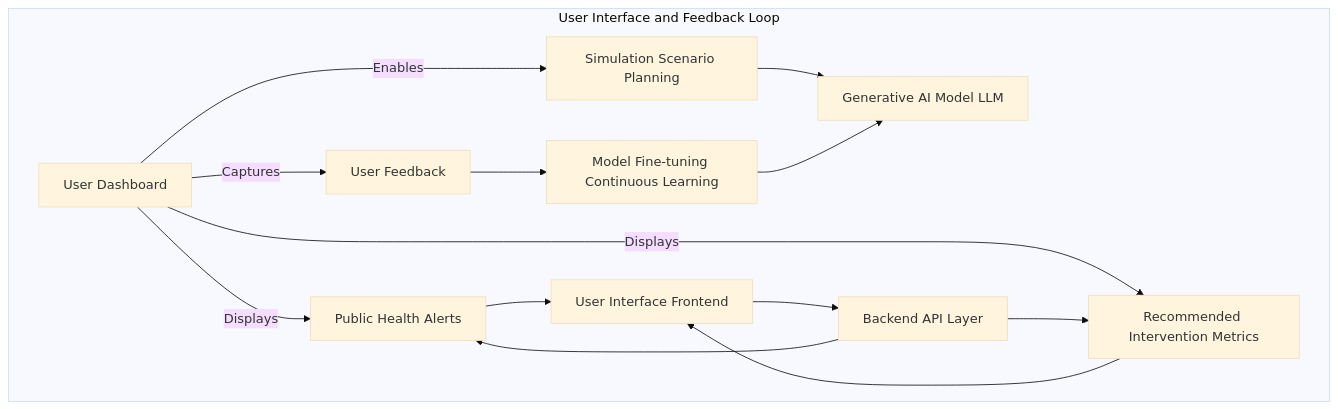
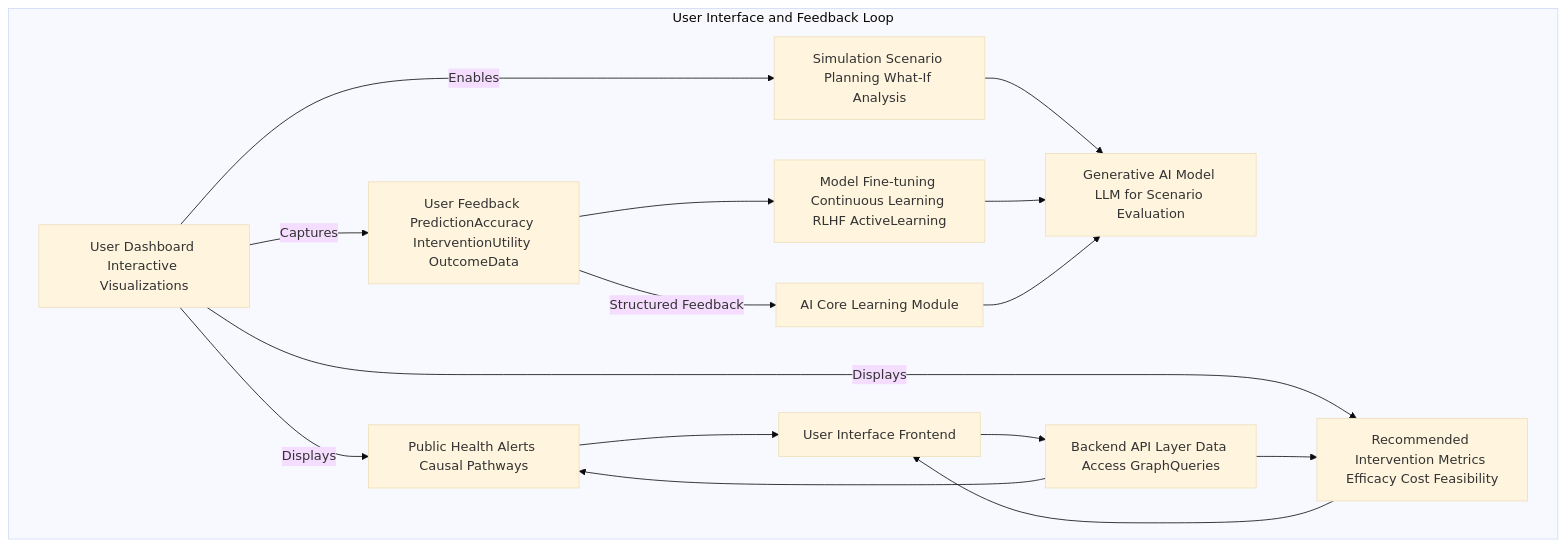
The sixth of 10 diagrams in inventions/inventions/025_predictive_epidemic_outbreak_modeling.md (diplomat-bit/Citibank_Demo_Business_Inc_Demonstration-), drawn with Mermaid (base theme) before and after one commit. The commit also changed other lines of this file, not shown here.

````diff
--- a/inventions/inventions/025_predictive_epidemic_outbreak_modeling.md
+++ b/inventions/inventions/025_predictive_epidemic_outbreak_modeling.md
@@ -211,17 +233,19 @@
 ```mermaid
 graph TD
     subgraph User Interface and Feedback Loop
-        UDASH[User Dashboard] -- Displays --> PHA[Public Health Alerts]
-        UDASH -- Displays --> RIMS[Recommended Intervention Metrics]
-        UDASH -- Enables --> SSP[Simulation Scenario Planning]
-        UDASH -- Captures --> UFB[User Feedback]
+        UDASH[User Dashboard Interactive Visualizations] -- Displays --> PHA[Public Health Alerts Causal Pathways]
+        UDASH -- Displays --> RIMS[Recommended Intervention Metrics Efficacy Cost Feasibility]
+        UDASH -- Enables --> SSP[Simulation Scenario Planning What-If Analysis]
+        UDASH -- Captures --> UFB[User Feedback PredictionAccuracy InterventionUtility OutcomeData]
 
         PHA & RIMS --> UI_FE[User Interface Frontend]
-        SSP --> GAI_LLM[Generative AI Model LLM]
-        UFB --> MODEL_FT[Model Fine-tuning Continuous Learning]
+        SSP --> GAI_LLM[Generative AI Model LLM for Scenario Evaluation]
+        UFB --> MODEL_FT[Model Fine-tuning Continuous Learning RLHF ActiveLearning]
         MODEL_FT --> GAI_LLM
-        UI_FE --> API_LAYER[Backend API Layer]
+        UI_FE --> API_LAYER[Backend API Layer Data Access GraphQueries]
         API_LAYER --> PHA
         API_LAYER --> RIMS
+        UFB -- Structured Feedback --> AI_CORE_LEARN[AI Core Learning Module]
+        AI_CORE_LEARN --> GAI_LLM
     end
 ```
````
